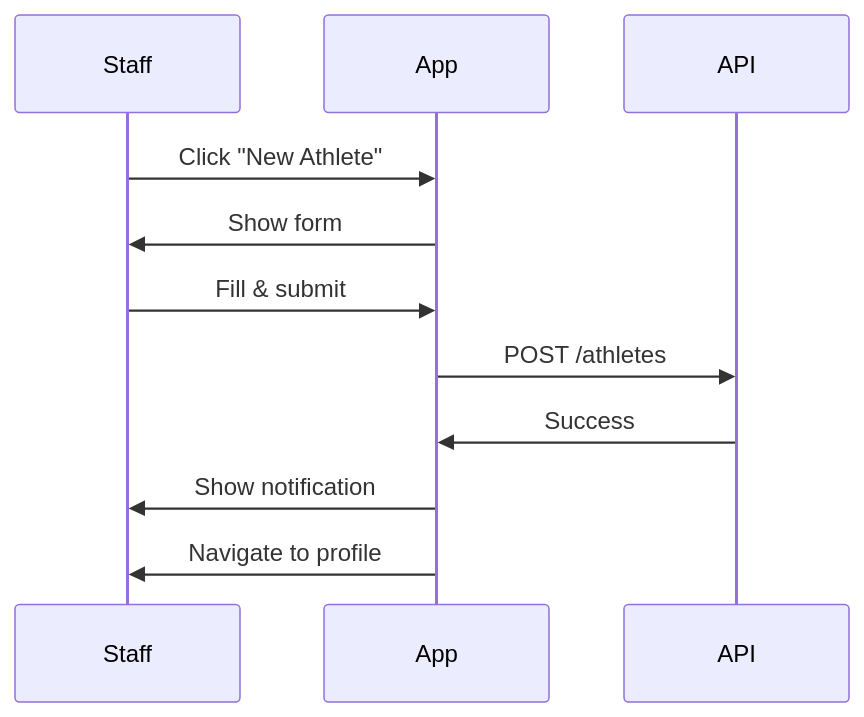
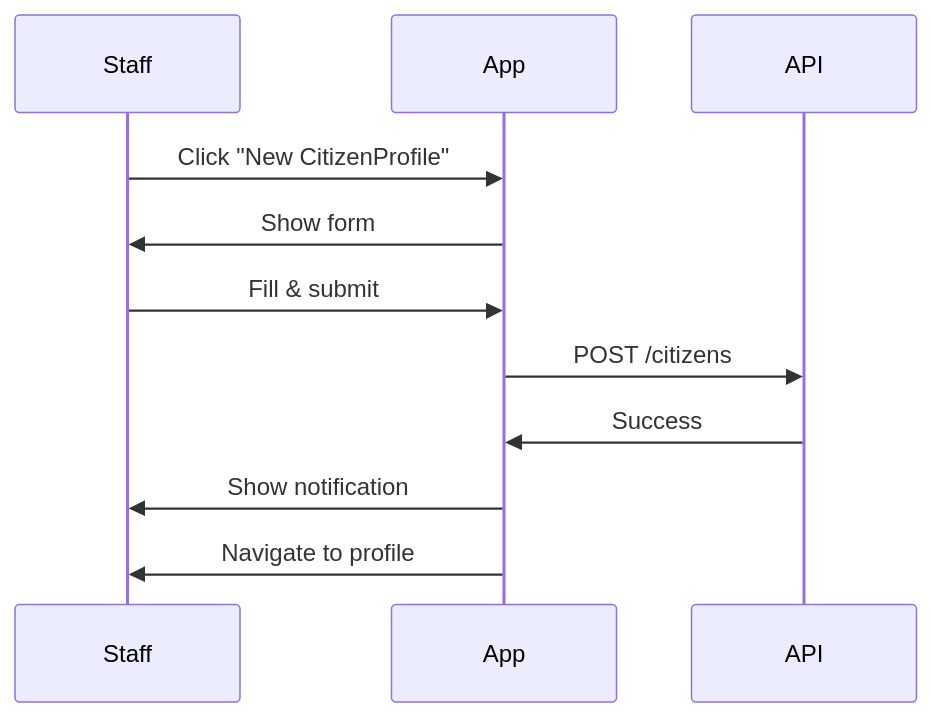
Before and after one commit to jreinaldodasilva/secomvsaas: the diagram in docs/prompts/frontend/prompt_frontend_comprehensive_modular_review_docs_request.md, drawn with Mermaid. The commit also changed other lines of this file and 59 other files, not shown here.

````diff
--- a/docs/prompts/frontend/prompt_frontend_comprehensive_modular_review_docs_request.md
+++ b/docs/prompts/frontend/prompt_frontend_comprehensive_modular_review_docs_request.md
@@ -389,10 +389,10 @@
 ```mermaid
 sequenceDiagram
-    Staff->>App: Click "New Athlete"
+    Staff->>App: Click "New CitizenProfile"
     App->>Staff: Show form
     Staff->>App: Fill & submit
-    App->>API: POST /athletes
+    App->>API: POST /citizens
     API->>App: Success
     App->>Staff: Show notification
     App->>Staff: Navigate to profile
 ```
````
